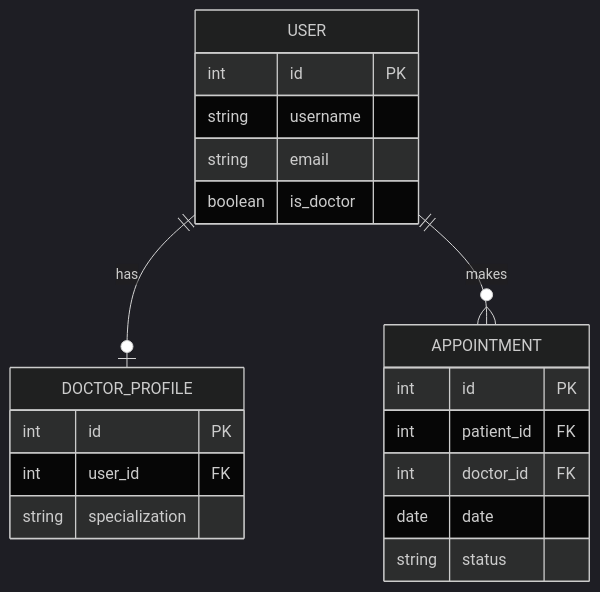
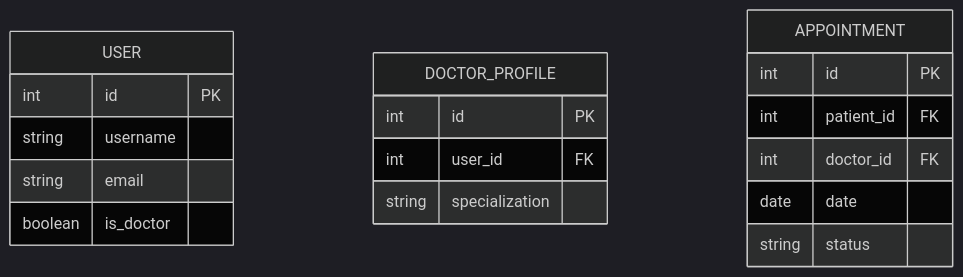
One commit to Chidera001-dev/doctor_appointment_system changed the diagram in database_schema.mmd. Above: the diagram before and after it, drawn with Mermaid (dark theme). The commit also changed 5 other files, not shown here.

Commit message:
feat: Migrate appointment and doctor profile IDs to use short UUIDs and update related views and URLs

```diff
--- a/database_schema.mmd
+++ b/database_schema.mmd
@@ -1,21 +1,19 @@
 erDiagram
     USER {
         int id PK
         string username
         string email
         boolean is_doctor
     }
     DOCTOR_PROFILE {
         int id PK
         int user_id FK
         string specialization
     }
     APPOINTMENT {
         int id PK
         int patient_id FK
         int doctor_id FK
         date date
         string status
     }
-    USER ||--o| DOCTOR_PROFILE : has
-    USER ||--o{ APPOINTMENT : makes
```
